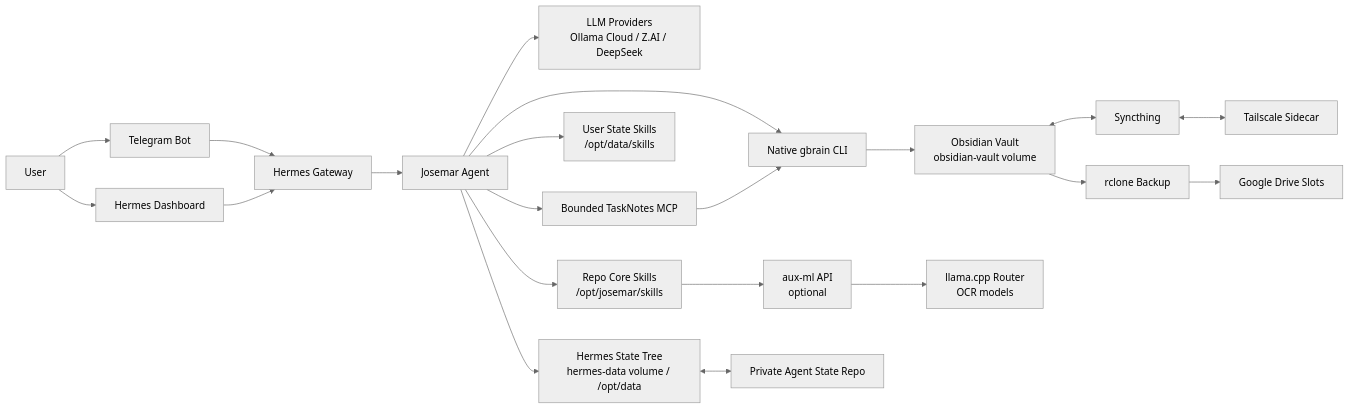
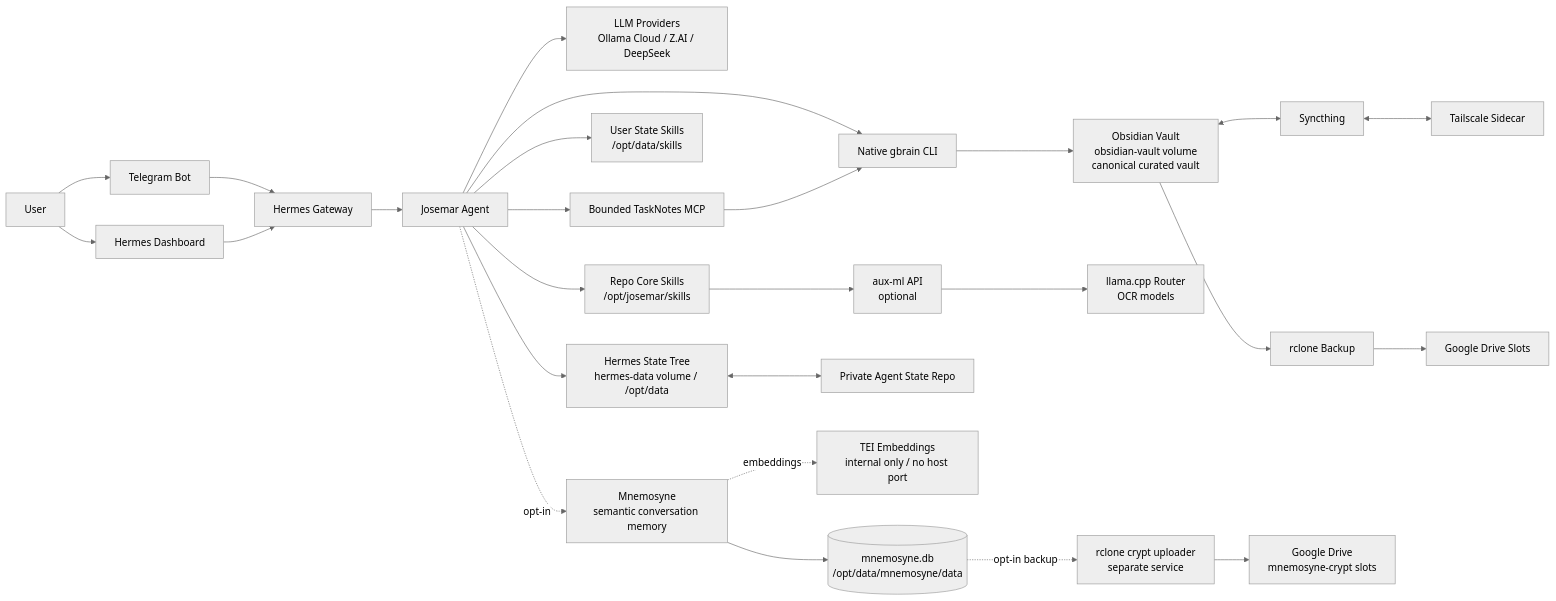
Before and after one commit to Pedrohgv/josemar-assistente: the first of 5 diagrams in README.md, drawn with Mermaid (neutral theme). The commit also changed other lines of this file and 1 other file, not shown here.

Commit message:
docs: document Mnemosyne architecture

````diff
--- a/README.md
+++ b/README.md
@@ -24,27 +26,34 @@
 ```mermaid
 flowchart LR
   User[User] --> Telegram[Telegram Bot]
   User --> Dashboard[Hermes Dashboard]
 
   Telegram --> Gateway[Hermes Gateway]
   Dashboard --> Gateway
 
   Gateway --> Agent[Josemar Agent]
   Agent --> Models[LLM Providers<br/>Ollama Cloud / Z.AI / DeepSeek]
   Agent --> CoreSkills[Repo Core Skills<br/>/opt/josemar/skills]
   Agent --> StateSkills[User State Skills<br/>/opt/data/skills]
   Agent --> GBrain[Native gbrain CLI]
   Agent --> TaskNotes[Bounded TaskNotes MCP]
   TaskNotes --> GBrain
-  GBrain --> Vault[Obsidian Vault<br/>obsidian-vault volume]
+  GBrain --> Vault[Obsidian Vault<br/>obsidian-vault volume<br/>canonical curated vault]
 
   CoreSkills --> AuxML[aux-ml API<br/>optional]
   AuxML --> Llama[llama.cpp Router<br/>OCR models]
 
   Agent --> StateTree[Hermes State Tree<br/>hermes-data volume / /opt/data]
   StateTree <--> StateRepo[Private Agent State Repo]
   Vault <--> Syncthing[Syncthing]
   Syncthing <--> Tailscale[Tailscale Sidecar]
   Vault --> Backup[rclone Backup]
   Backup --> GDrive[Google Drive Slots]
+
+  %% Opt-in Mnemosyne layer (separate from the curated vault)
+  Agent -. opt-in .-> Mnemosyne[Mnemosyne<br/>semantic conversation memory]
+  Mnemosyne -. embeddings .-> TEI[TEI Embeddings<br/>internal only / no host port]
+  Mnemosyne --> MnemoStore[(mnemosyne.db<br/>/opt/data/mnemosyne/data)]
+  MnemoStore -. opt-in backup .-> MnemoBackup[rclone crypt uploader<br/>separate service]
+  MnemoBackup --> MnemoGDrive[Google Drive<br/>mnemosyne-crypt slots]
 ```
````
